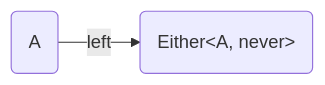
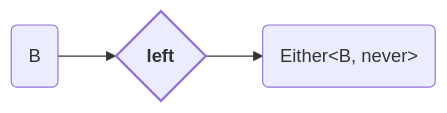
The third of 8 diagrams in Either.md (adamjosefus/fp-ts-examples), drawn with Mermaid before and after one commit. The commit also changed other lines of this file, not shown here.

Commit message:
Update charts

````diff
--- a/Either.md
+++ b/Either.md
@@ -61,4 +142,11 @@
 ```mermaid
 flowchart LR
-    input("A") --> | left | output("Either<<span>A, never</span>>")
+    style left stroke-width: 2px
+
+    input("B")
+    left{ <b>left<b> }
+    output( Either<<span>B, never</span>> )
+
+    input --> left
+    left --> output
 ```
````
